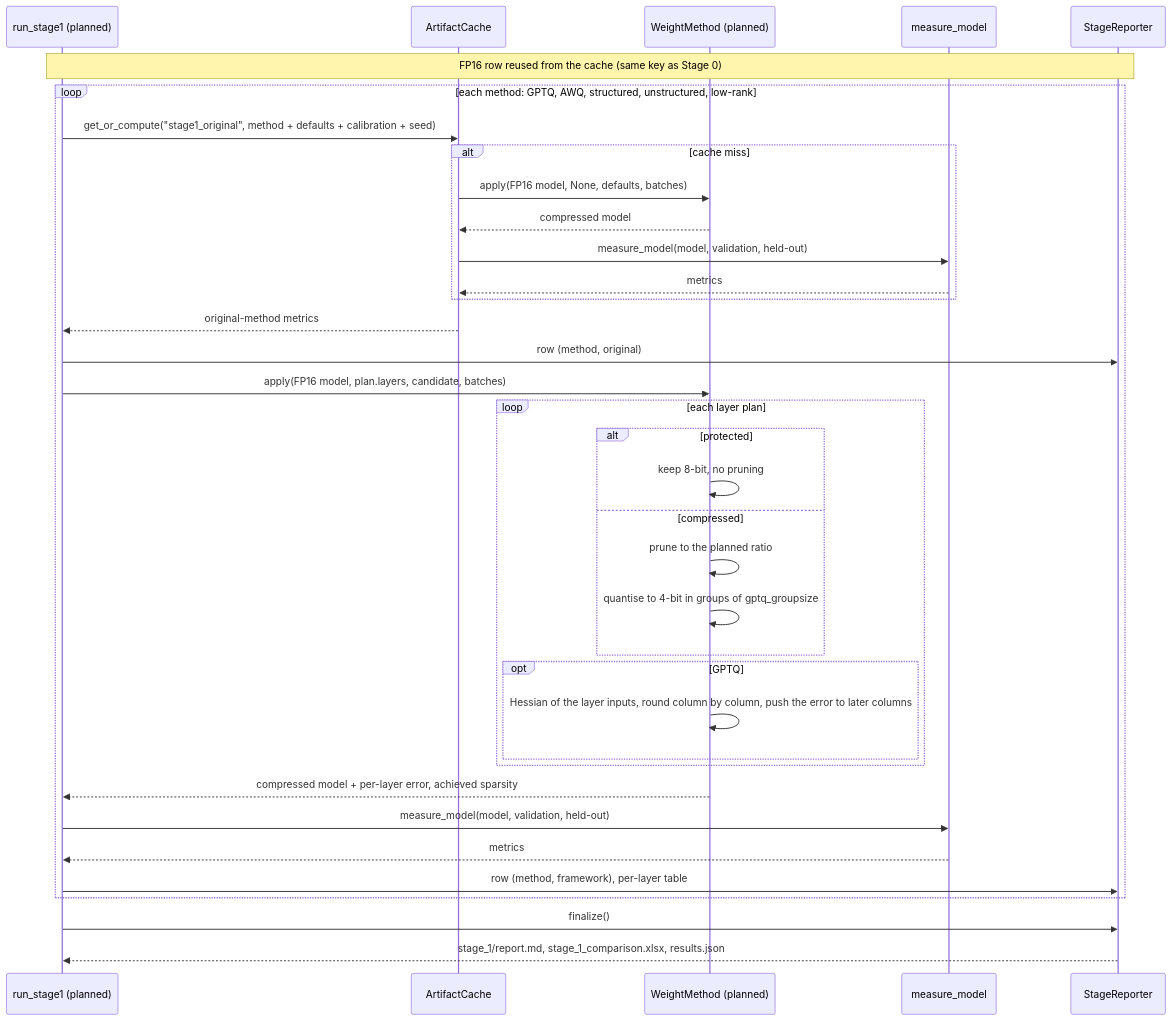
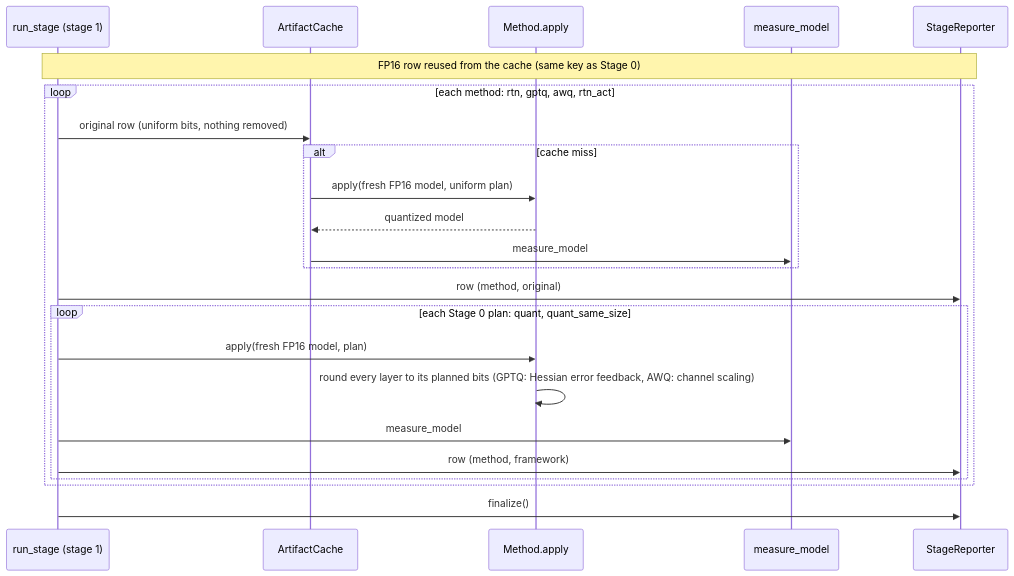
One commit to hamuutpls/sensitivity-driven-framework changed the second of 2 diagrams in docs/diagrams/stage1.md. Above: the diagram before and after it, drawn with Mermaid. The commit also changed other lines of this file and 22 other files, not shown here.

First line of the commit message:
Stage 1 is quantization only, Stage 2 is pruning only

````diff
--- a/docs/diagrams/stage1.md
+++ b/docs/diagrams/stage1.md
@@ -101,40 +69,26 @@
 ```mermaid
 sequenceDiagram
-    participant R as run_stage1 (planned)
+    participant R as run_stage (stage 1)
     participant C as ArtifactCache
-    participant W as WeightMethod (planned)
+    participant M as Method.apply
     participant E as measure_model
     participant Rep as StageReporter
 
     Note over R,Rep: FP16 row reused from the cache (same key as Stage 0)
-    loop each method: GPTQ, AWQ, structured, unstructured, low-rank
-        R->>C: get_or_compute("stage1_original", method + defaults + calibration + seed)
+    loop each method: rtn, gptq, awq, rtn_act
+        R->>C: original row (uniform bits, nothing removed)
         alt cache miss
-            C->>W: apply(FP16 model, None, defaults, batches)
-            W-->>C: compressed model
-            C->>E: measure_model(model, validation, held-out)
-            E-->>C: metrics
+            C->>M: apply(fresh FP16 model, uniform plan)
+            M-->>C: quantized model
+            C->>E: measure_model
         end
-        C-->>R: original-method metrics
         R->>Rep: row (method, original)
-
-        R->>W: apply(FP16 model, plan.layers, candidate, batches)
-        loop each layer plan
-            alt protected
-                W->>W: keep 8-bit, no pruning
-            else compressed
-                W->>W: prune to the planned ratio
-                W->>W: quantise to 4-bit in groups of gptq_groupsize
-            end
-            opt GPTQ
-                W->>W: Hessian of the layer inputs, round column by column, push the error to later columns
-            end
+        loop each Stage 0 plan: quant, quant_same_size
+            R->>M: apply(fresh FP16 model, plan)
+            M->>M: round every layer to its planned bits (GPTQ: Hessian error feedback, AWQ: channel scaling)
+            R->>E: measure_model
+            R->>Rep: row (method, framework)
         end
-        W-->>R: compressed model + per-layer error, achieved sparsity
-        R->>E: measure_model(model, validation, held-out)
-        E-->>R: metrics
-        R->>Rep: row (method, framework), per-layer table
     end
     R->>Rep: finalize()
-    Rep-->>R: stage_1/report.md, stage_1_comparison.xlsx, results.json
 ```
````
